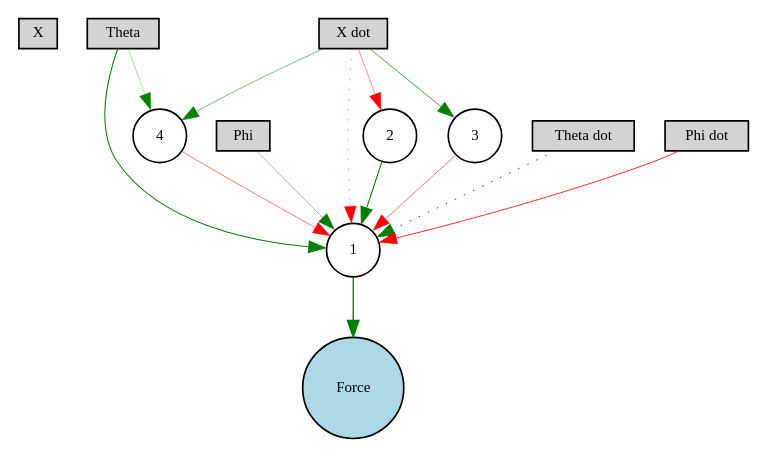
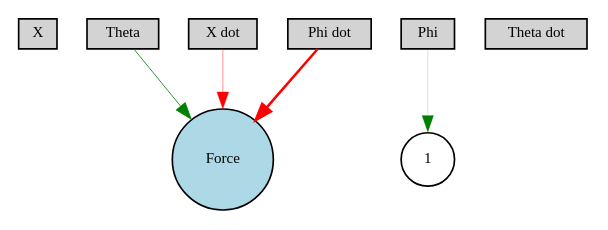
The diagram in simulations/double_pendulum/plots/winner.gv (rogamba/neuropy), drawn with Graphviz before and after one commit. The commit also changed 5 other files, not shown here.

```diff
--- a/simulations/double_pendulum/plots/winner.gv
+++ b/simulations/double_pendulum/plots/winner.gv
@@ -1,27 +1,15 @@
 digraph {
 	node [fontsize=9 height=0.2 shape=circle width=0.2]
 	X [fillcolor=lightgray shape=box style=filled]
 	Theta [fillcolor=lightgray shape=box style=filled]
 	Phi [fillcolor=lightgray shape=box style=filled]
 	"X dot" [fillcolor=lightgray shape=box style=filled]
 	"Theta dot" [fillcolor=lightgray shape=box style=filled]
 	"Phi dot" [fillcolor=lightgray shape=box style=filled]
 	Force [fillcolor=lightblue style=filled]
 	1 [fillcolor=white style=filled]
-	2 [fillcolor=white style=filled]
-	3 [fillcolor=white style=filled]
-	4 [fillcolor=white style=filled]
-		Theta -> 1 [color=green penwidth=0.6143353324233892 style=solid]
-		"X dot" -> 4 [color=green penwidth=0.30000000000000004 style=solid]
-		"Phi dot" -> 1 [color=red penwidth=0.4896565627639381 style=solid]
-		"X dot" -> 2 [color=red penwidth=0.2646411870596591 style=solid]
-		3 -> 1 [color=red penwidth=0.3280527317356375 style=solid]
-		2 -> 1 [color=green penwidth=0.6219323683598504 style=solid]
-		Phi -> 1 [color=green penwidth=0.245109078817751 style=solid]
-		"Theta dot" -> 1 [color=green penwidth=0.5948237721519047 style=dotted]
-		"X dot" -> 1 [color=red penwidth=0.2661688367919866 style=dotted]
-		"X dot" -> 3 [color=green penwidth=0.43310090345731156 style=solid]
-		Theta -> 4 [color=green penwidth=0.17895978180045363 style=solid]
-		1 -> Force [color=green penwidth=0.7926873478770123 style=solid]
-		4 -> 1 [color=red penwidth=0.30584506340844886 style=solid]
+		Phi -> 1 [color=green penwidth=0.11102222215234563 style=solid]
+		"X dot" -> Force [color=red penwidth=0.26398429433147297 style=solid]
+		Theta -> Force [color=green penwidth=0.4929490078413119 style=solid]
+		"Phi dot" -> Force [color=red penwidth=1.5045901868764249 style=solid]
 }
```
